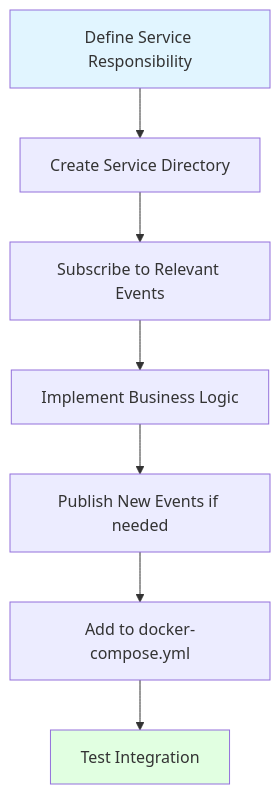
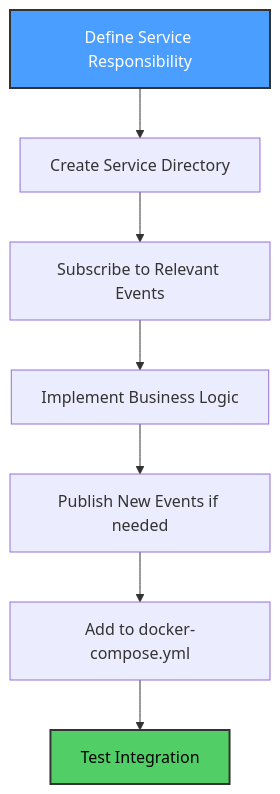
Before and after one commit to elewashy/Tanta-University: diagram 16 of 17 in Level_3/Semester_1/Distributed_Systems/Project/System_Architecture_in_Distributed_Systems/docs/ARCHITECTURE.md, drawn with Mermaid. The commit also changed other lines of this file and 4 other files, not shown here.

````diff
--- a/Level_3/Semester_1/Distributed_Systems/Project/System_Architecture_in_Distributed_Systems/docs/ARCHITECTURE.md
+++ b/Level_3/Semester_1/Distributed_Systems/Project/System_Architecture_in_Distributed_Systems/docs/ARCHITECTURE.md
@@ -603,12 +603,12 @@
 ```mermaid
 graph TB
     A[Define Service Responsibility] --> B[Create Service Directory]
     B --> C[Subscribe to Relevant Events]
     C --> D[Implement Business Logic]
     D --> E[Publish New Events if needed]
     E --> F[Add to docker-compose.yml]
     F --> G[Test Integration]
     
-    style A fill:#e1f5ff
-    style G fill:#e1ffe1
+    style A fill:#4a9eff,stroke:#333,stroke-width:2px,color:#fff
+    style G fill:#51cf66,stroke:#333,stroke-width:2px,color:#000
 ```
````
